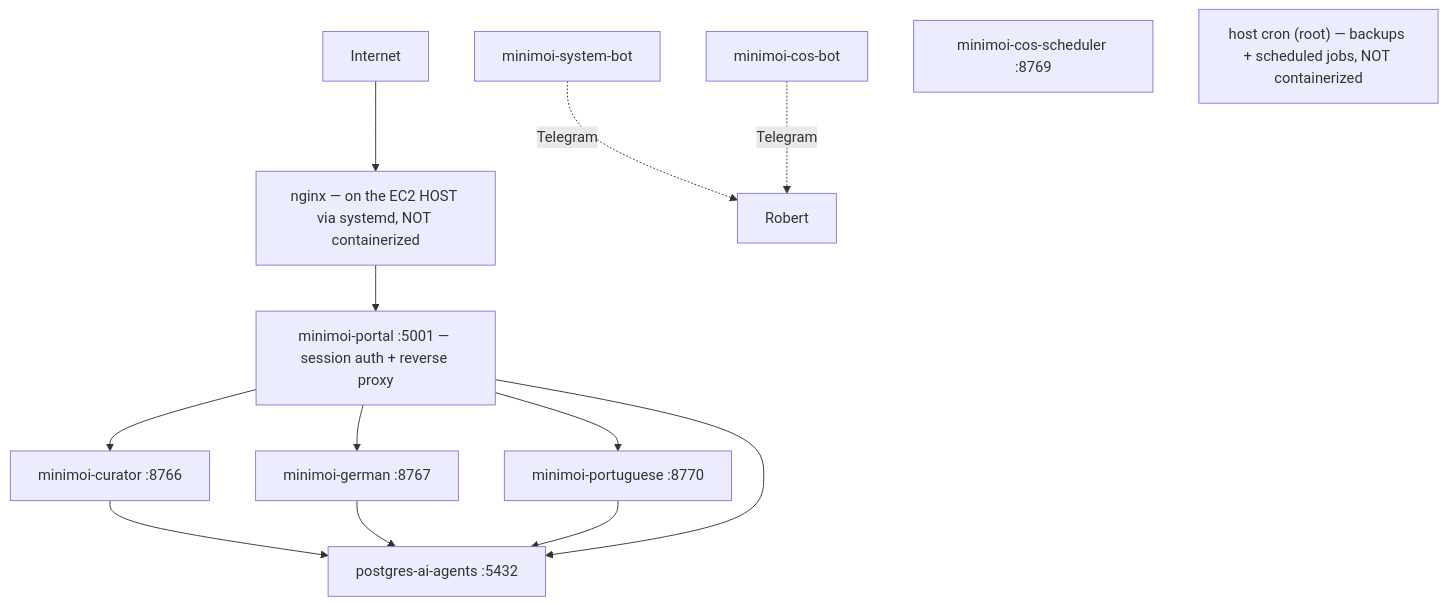
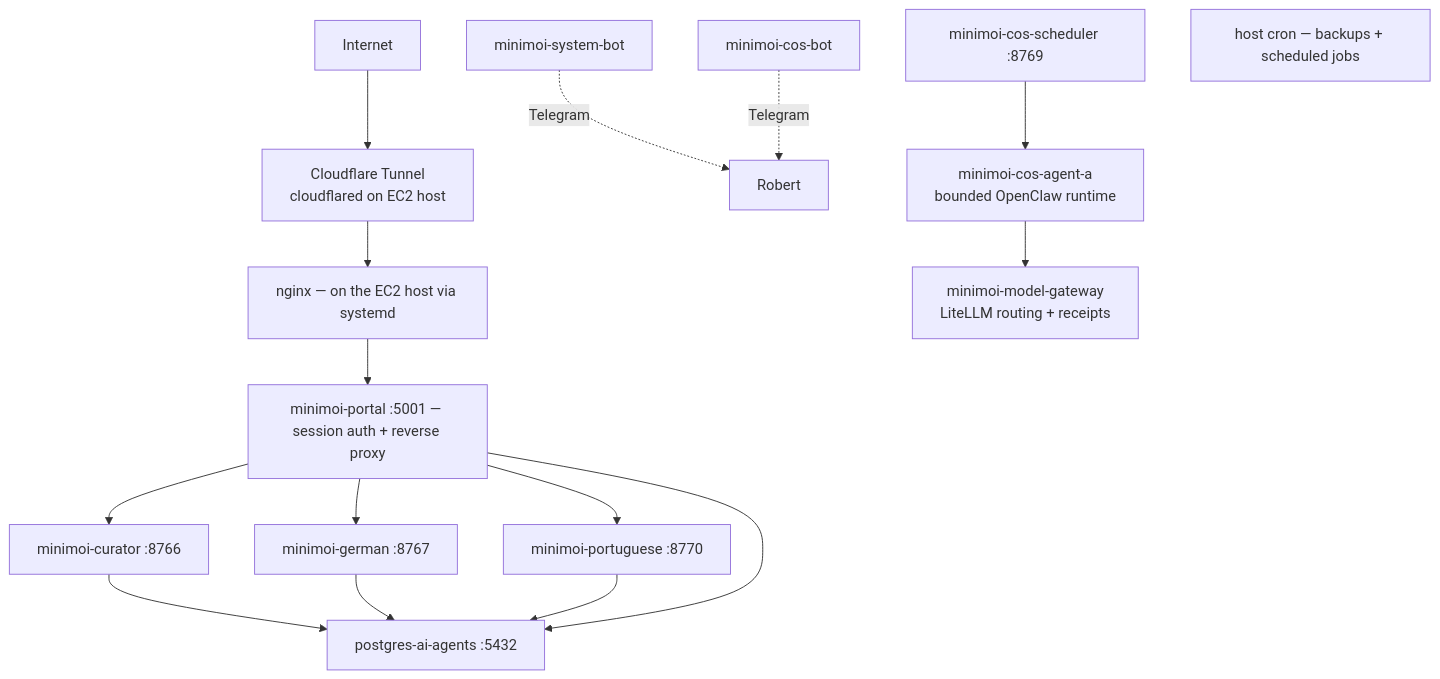
One commit to robertvanstedum/personal-ai-agents changed the diagram in OPERATIONS.md. Above: the diagram before and after it, drawn with Mermaid. The commit also changed other lines of this file and 24 other files, not shown here.

````diff
--- a/OPERATIONS.md
+++ b/OPERATIONS.md
@@ -30,16 +29,19 @@
 ```mermaid
 flowchart TD
-    A[Internet] --> B["nginx — on the EC2 HOST via systemd, NOT containerized"]
+    A[Internet] --> T["Cloudflare Tunnel<br/>cloudflared on EC2 host"]
+    T --> B["nginx — on the EC2 host via systemd"]
     B --> C["minimoi-portal :5001 — session auth + reverse proxy"]
     C --> D["minimoi-curator :8766"]
     C --> E["minimoi-german :8767"]
     C --> F["minimoi-portuguese :8770"]
     G["minimoi-system-bot"] -.Telegram.-> H[Robert]
     I["minimoi-cos-bot"] -.Telegram.-> H
     J["minimoi-cos-scheduler :8769"]
+    J --> M["minimoi-cos-agent-a<br/>bounded OpenClaw runtime"]
+    M --> N["minimoi-model-gateway<br/>LiteLLM routing + receipts"]
     D --> K["postgres-ai-agents :5432"]
     E --> K
     F --> K
     C --> K
-    L["host cron (root) — backups + scheduled jobs, NOT containerized"]
+    L["host cron — backups + scheduled jobs"]
 ```
````
